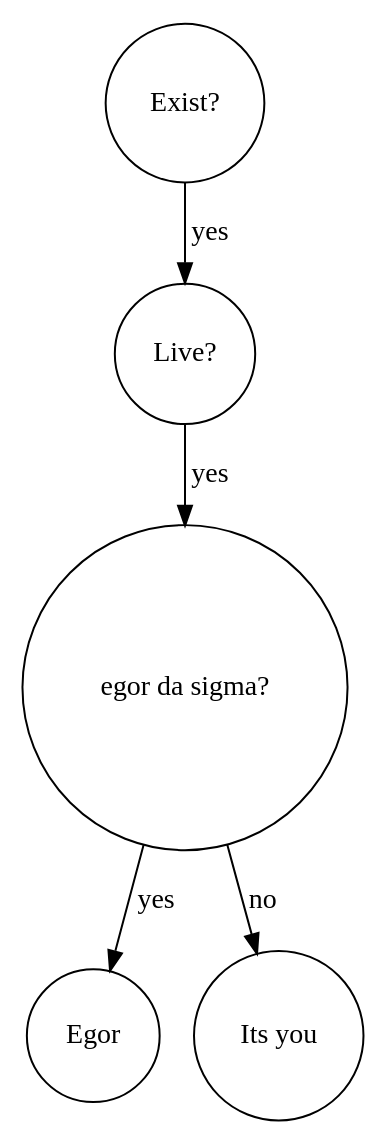
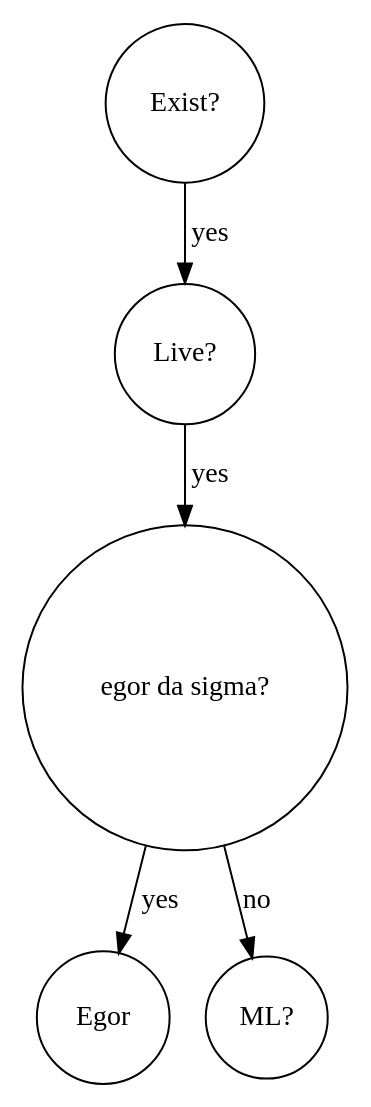
The diagram in tree/akinator/bst_visual_log/bst_4.dot (fl4cko11/Huawei_MIPT), drawn with Graphviz before and after one commit. The commit also changed 21 other files, not shown here.

```diff
--- a/tree/akinator/bst_visual_log/bst_4.dot
+++ b/tree/akinator/bst_visual_log/bst_4.dot
@@ -1,7 +1,7 @@
 digraph BST {
     node [shape=circle];
     "Exist?" -> "Live?" [label="yes"];
     "Live?" -> "egor da sigma?" [label="yes"];
     "egor da sigma?" -> "Egor" [label="yes"];
-    "egor da sigma?" -> "Its you" [label="no"];
+    "egor da sigma?" -> "ML?" [label="no"];
 }
```
